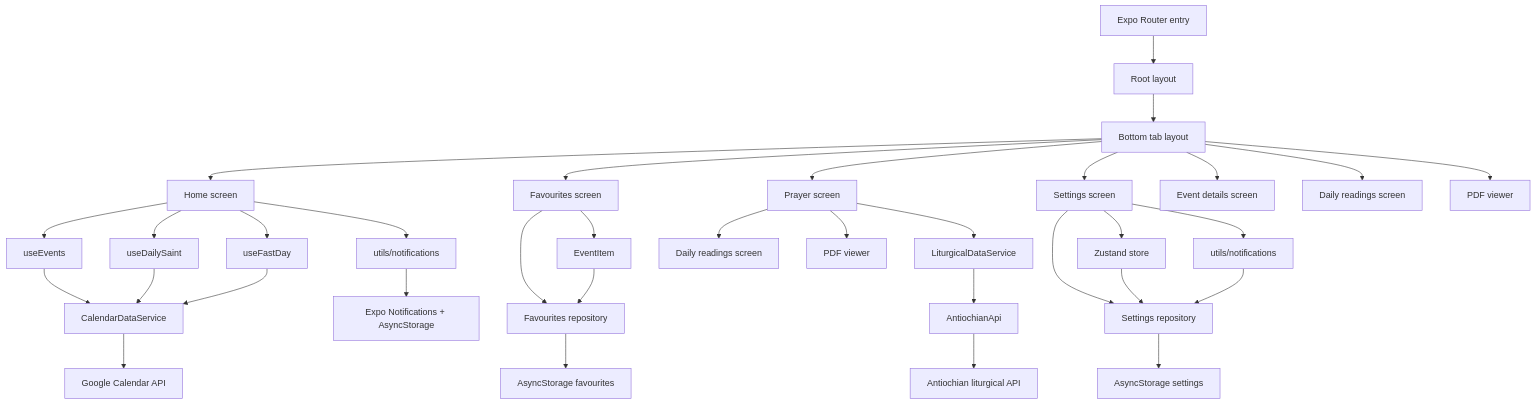
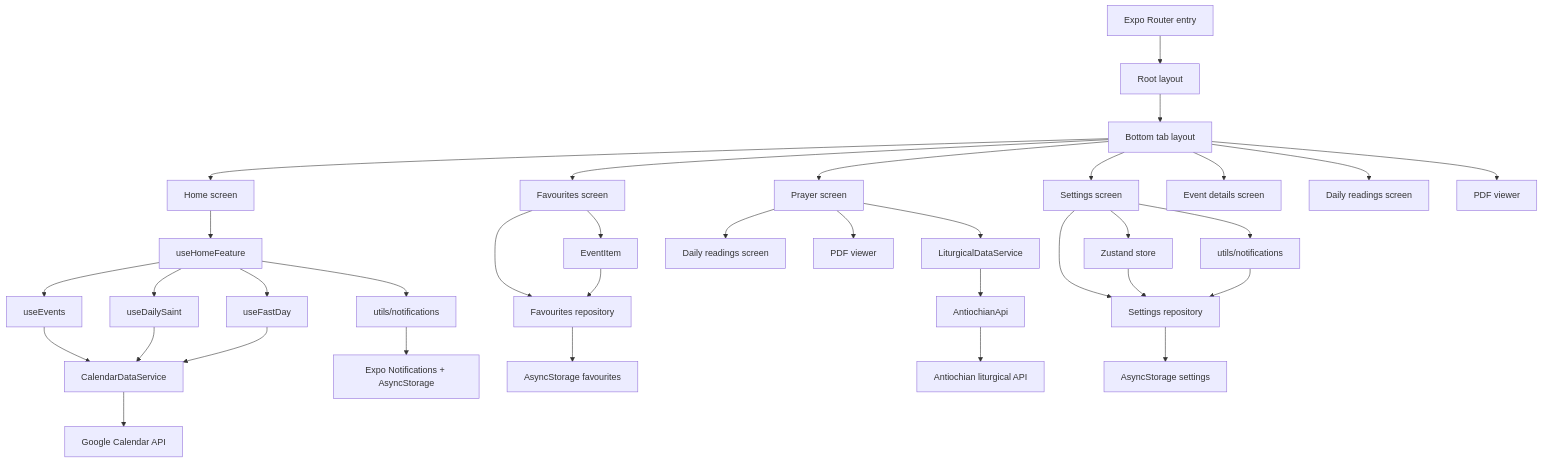
One commit to Edesem/SPAOC changed the diagram in docs/current-architecture.md. Above: the diagram before and after it, drawn with Mermaid. The commit also changed other lines of this file, not shown here.

First line of the commit message:
docs: describe useHomeFeature in the architecture doc

````diff
--- a/docs/current-architecture.md
+++ b/docs/current-architecture.md
@@ -54,40 +54,41 @@
 ```mermaid
 flowchart TD
     A[Expo Router entry] --> B[Root layout]
     B --> C[Bottom tab layout]
     C --> D[Home screen]
     C --> E[Favourites screen]
     C --> F[Prayer screen]
     C --> G[Settings screen]
     C --> H[Event details screen]
     C --> I[Daily readings screen]
     C --> J[PDF viewer]
 
-    D --> D1[useEvents]
-    D --> D2[useDailySaint]
-    D --> D3[useFastDay]
-    D --> D4[utils/notifications]
+    D --> D6[useHomeFeature]
+    D6 --> D1[useEvents]
+    D6 --> D2[useDailySaint]
+    D6 --> D3[useFastDay]
+    D6 --> D4[utils/notifications]
     D1 --> D0[CalendarDataService]
     D2 --> D0
     D3 --> D0
     D0 --> D5[Google Calendar API]
     D4 --> D8[Expo Notifications + AsyncStorage]
 
     E --> E0[Favourites repository]
     E --> E2[EventItem]
     E2 --> E0
     E0 --> E1[AsyncStorage favourites]
 
     F --> F0[LiturgicalDataService]
     F0 --> F1[AntiochianApi]
     F1 --> F2[Antiochian liturgical API]
     F --> F3[Daily readings screen]
     F --> F4[PDF viewer]
 
     G --> G1[Zustand store]
     G --> G0[Settings repository]
     G1 --> G0
     G --> G3[utils/notifications]
     G3 --> G0
     G0 --> G2[AsyncStorage settings]
 ```
````
